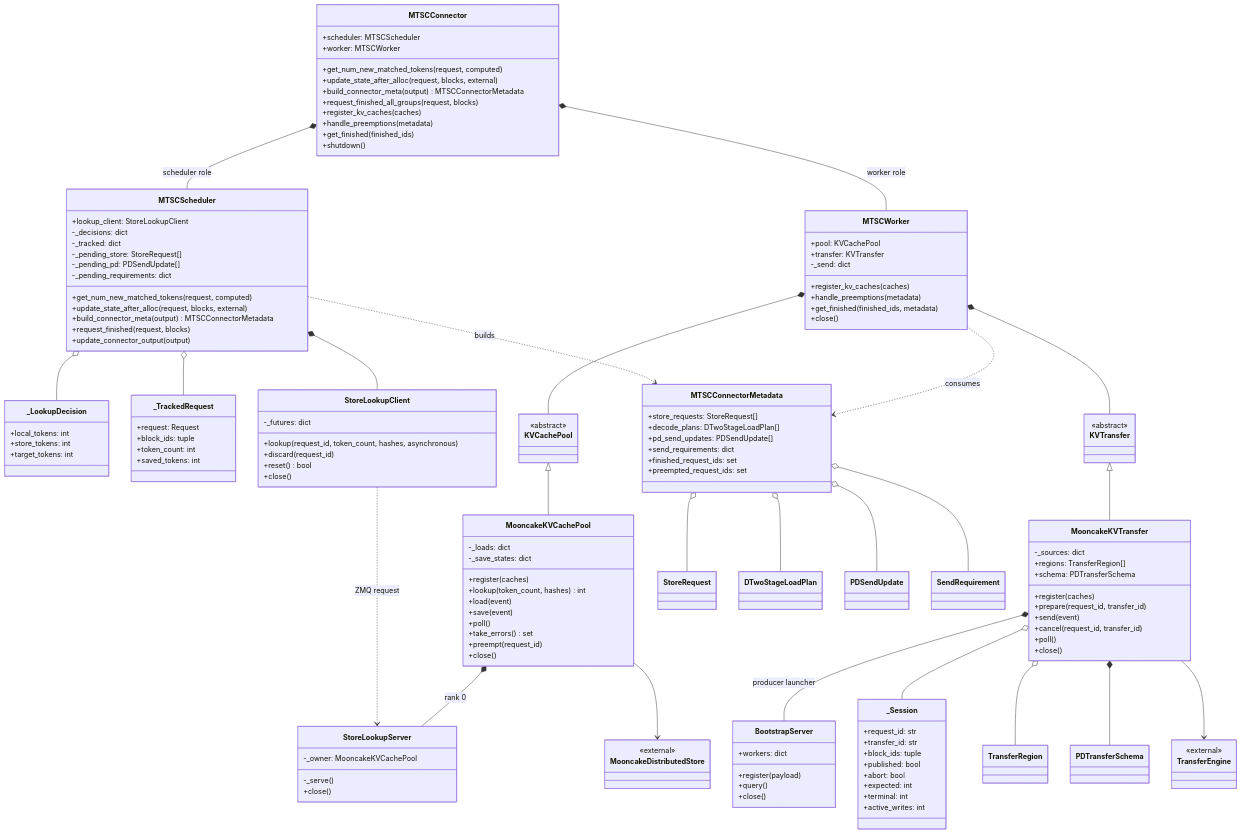
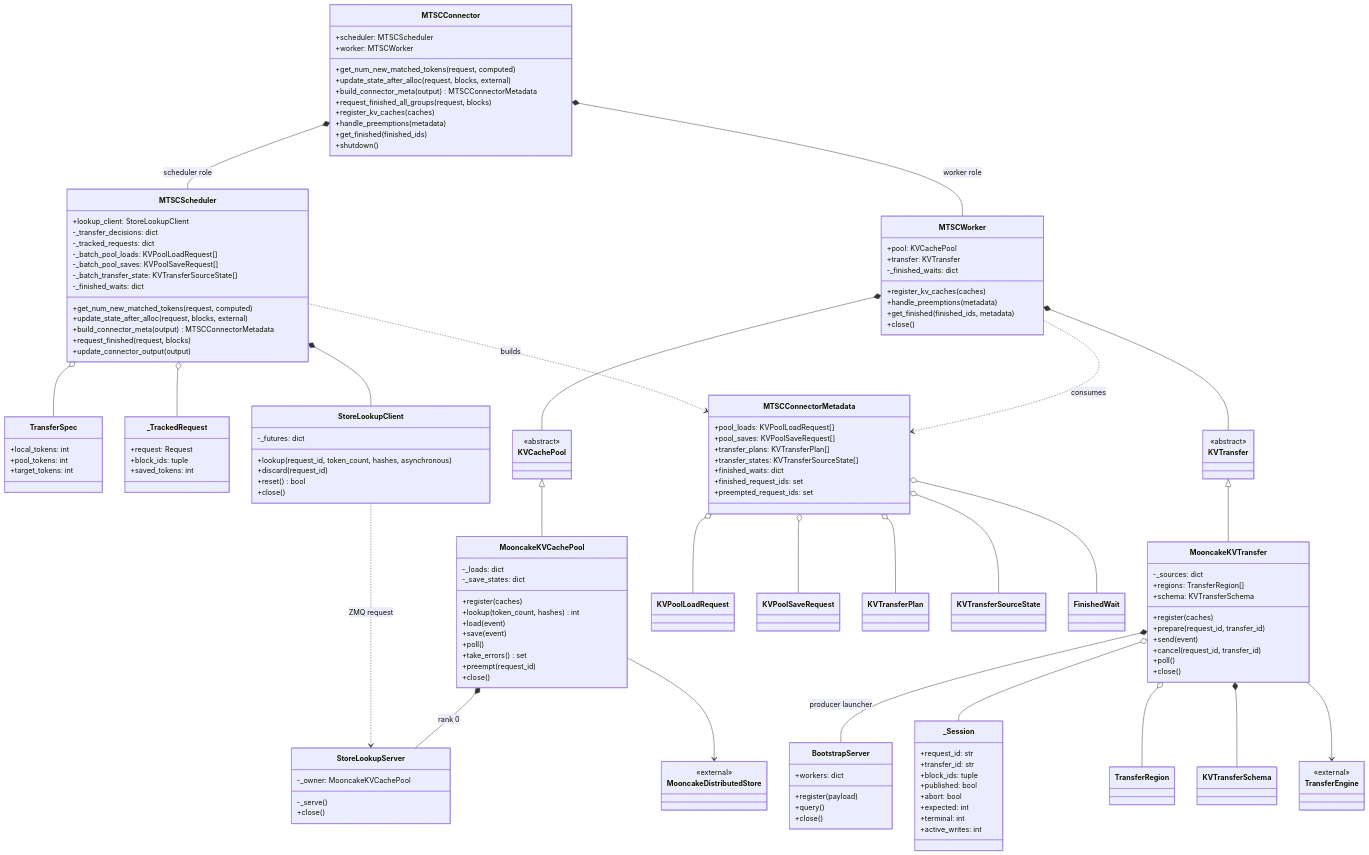
The second of 4 diagrams in docs/design/S02-prefill设计.md (WangSu-X/MTSC), drawn with Mermaid before and after one commit. The commit also changed other lines of this file and 16 other files, not shown here.

````diff
--- a/docs/design/S02-prefill设计.md
+++ b/docs/design/S02-prefill设计.md
@@ -128,11 +128,12 @@
     }
     class MTSCScheduler {
         +lookup_client: StoreLookupClient
-        -_decisions: dict
-        -_tracked: dict
-        -_pending_store: StoreRequest[]
-        -_pending_pd: PDSendUpdate[]
-        -_pending_requirements: dict
+        -_transfer_decisions: dict
+        -_tracked_requests: dict
+        -_batch_pool_loads: KVPoolLoadRequest[]
+        -_batch_pool_saves: KVPoolSaveRequest[]
+        -_batch_transfer_state: KVTransferSourceState[]
+        -_finished_waits: dict
         +get_num_new_matched_tokens(request, computed)
         +update_state_after_alloc(request, blocks, external)
         +build_connector_meta(output) MTSCConnectorMetadata
@@ -142,21 +143,20 @@
     class MTSCWorker {
         +pool: KVCachePool
         +transfer: KVTransfer
-        -_send: dict
+        -_finished_waits: dict
         +register_kv_caches(caches)
         +handle_preemptions(metadata)
         +get_finished(finished_ids, metadata)
         +close()
     }
-    class _LookupDecision {
+    class TransferSpec {
         +local_tokens: int
-        +store_tokens: int
+        +pool_tokens: int
         +target_tokens: int
     }
     class _TrackedRequest {
         +request: Request
         +block_ids: tuple
-        +token_count: int
         +saved_tokens: int
     }
     class StoreLookupClient {
@@ -186,7 +186,7 @@
     class MooncakeKVTransfer {
         -_sources: dict
         +regions: TransferRegion[]
-        +schema: PDTransferSchema
+        +schema: KVTransferSchema
         +register(caches)
         +prepare(request_id, transfer_id)
         +send(event)
@@ -211,19 +211,21 @@
         +active_writes: int
     }
     class MTSCConnectorMetadata {
-        +store_requests: StoreRequest[]
-        +decode_plans: DTwoStageLoadPlan[]
-        +pd_send_updates: PDSendUpdate[]
-        +send_requirements: dict
+        +pool_loads: KVPoolLoadRequest[]
+        +pool_saves: KVPoolSaveRequest[]
+        +transfer_plans: KVTransferPlan[]
+        +transfer_states: KVTransferSourceState[]
+        +finished_waits: dict
         +finished_request_ids: set
         +preempted_request_ids: set
     }
-    class StoreRequest
-    class DTwoStageLoadPlan
-    class PDSendUpdate
-    class SendRequirement
+    class KVPoolLoadRequest
+    class KVPoolSaveRequest
+    class KVTransferPlan
+    class KVTransferSourceState
+    class FinishedWait
     class TransferRegion
-    class PDTransferSchema
+    class KVTransferSchema
     class MooncakeDistributedStore {
         <<external>>
     }
@@ -234,7 +236,7 @@
     MTSCConnector *-- MTSCScheduler : scheduler role
     MTSCConnector *-- MTSCWorker : worker role
     MTSCScheduler *-- StoreLookupClient
-    MTSCScheduler o-- _LookupDecision
+    MTSCScheduler o-- TransferSpec
     MTSCScheduler o-- _TrackedRequest
     MTSCScheduler ..> MTSCConnectorMetadata : builds
     StoreLookupClient ..> StoreLookupServer : ZMQ request
@@ -254,10 +256,11 @@
     MooncakeKVTransfer *-- BootstrapServer : producer launcher
     MooncakeKVTransfer o-- _Session
     MooncakeKVTransfer o-- TransferRegion
-    MooncakeKVTransfer *-- PDTransferSchema
+    MooncakeKVTransfer *-- KVTransferSchema
     MooncakeKVTransfer --> TransferEngine
-    MTSCConnectorMetadata o-- StoreRequest
-    MTSCConnectorMetadata o-- DTwoStageLoadPlan
-    MTSCConnectorMetadata o-- PDSendUpdate
-    MTSCConnectorMetadata o-- SendRequirement
+    MTSCConnectorMetadata o-- KVPoolLoadRequest
+    MTSCConnectorMetadata o-- KVPoolSaveRequest
+    MTSCConnectorMetadata o-- KVTransferPlan
+    MTSCConnectorMetadata o-- KVTransferSourceState
+    MTSCConnectorMetadata o-- FinishedWait
 ```
````
